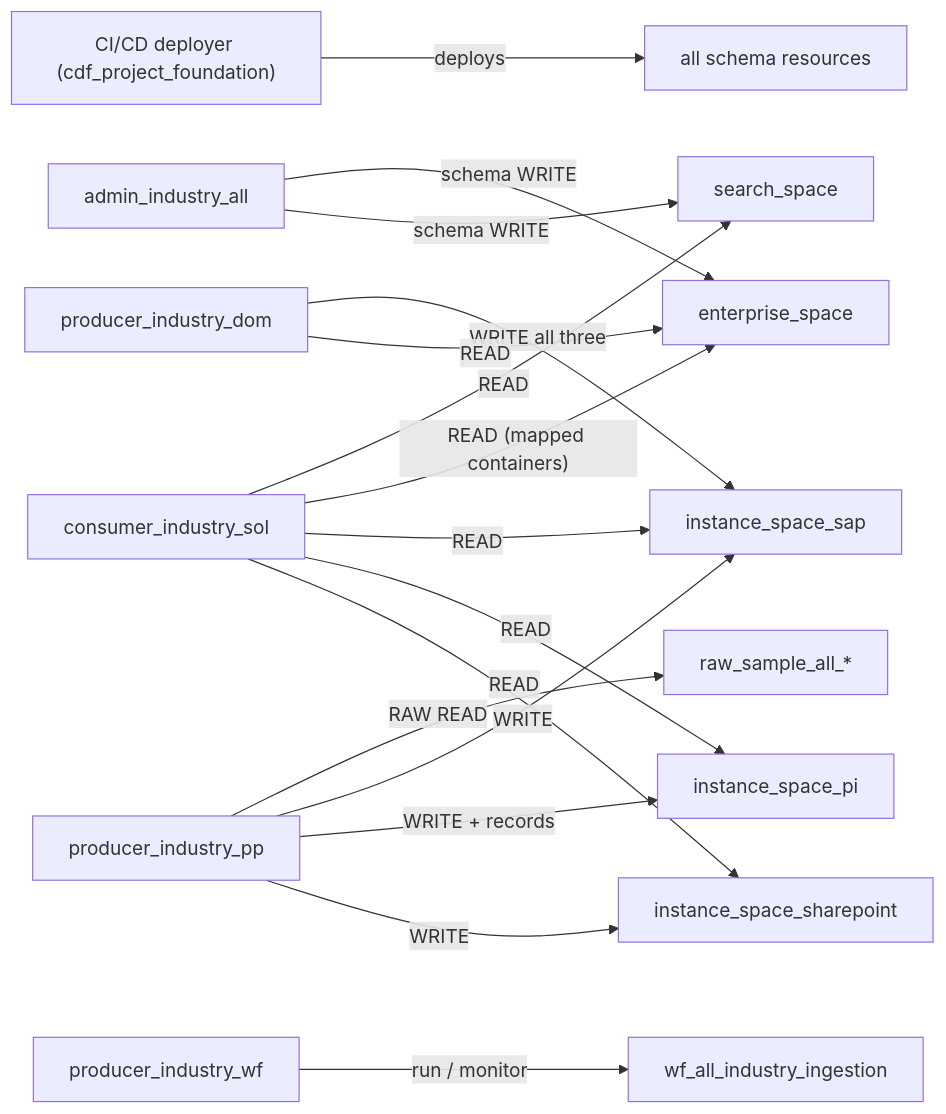
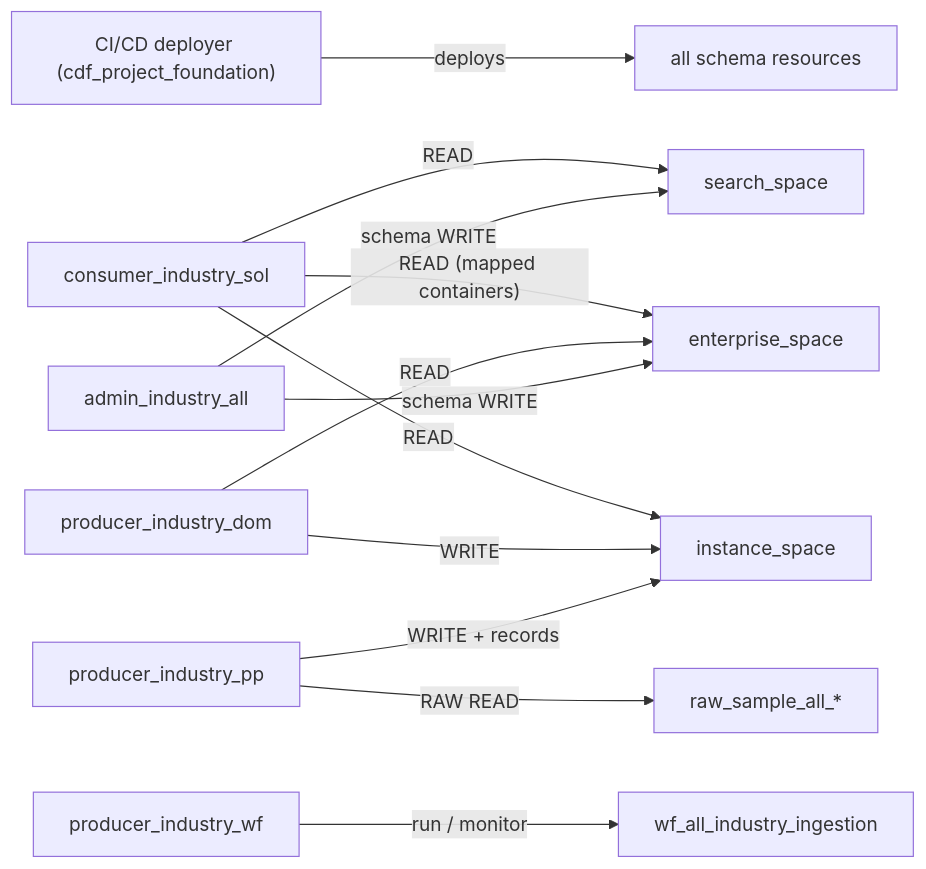
One commit to cognitedata/library changed the second of 3 diagrams in modules/datamodels/industry_domain_extension/industry_domain_extension.PLAN.md. Above: the diagram before and after it, drawn with Mermaid. The commit also changed other lines of this file and 30 other files, not shown here.

First line of the commit message:
use one instance_space

````diff
--- a/modules/datamodels/industry_domain_extension/industry_domain_extension.PLAN.md
+++ b/modules/datamodels/industry_domain_extension/industry_domain_extension.PLAN.md
@@ -1139,19 +1145,15 @@
 ```mermaid
 flowchart LR
   deployer["CI/CD deployer (cdf_project_foundation)"] -->|deploys| schema
   admin[admin_industry_all] -->|"schema WRITE"| dom[enterprise_space]
   admin -->|"schema WRITE"| sol[search_space]
   ingestion[producer_industry_pp] -->|"RAW READ"| raw[raw_sample_all_*]
-  ingestion -->|"WRITE"| sapInst[instance_space_sap]
-  ingestion -->|"WRITE + records"| piInst[instance_space_pi]
-  ingestion -->|"WRITE"| spInst[instance_space_sharepoint]
-  domProducer[producer_industry_dom] -->|"WRITE all three"| sapInst
+  ingestion -->|"WRITE + records"| inst[instance_space]
+  domProducer[producer_industry_dom] -->|WRITE| inst
   domProducer -->|READ| dom
   operator[producer_industry_wf] -->|"run / monitor"| wf[wf_all_industry_ingestion]
   solConsumer[consumer_industry_sol] -->|READ| sol
   solConsumer -->|"READ (mapped containers)"| dom
-  solConsumer -->|READ| sapInst
-  solConsumer -->|READ| piInst
-  solConsumer -->|READ| spInst
+  solConsumer -->|READ| inst
   schema[all schema resources]
 ```
````
